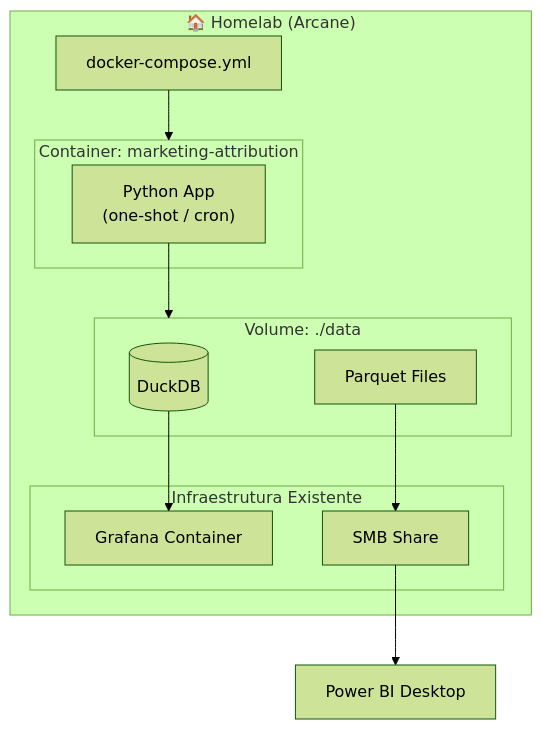
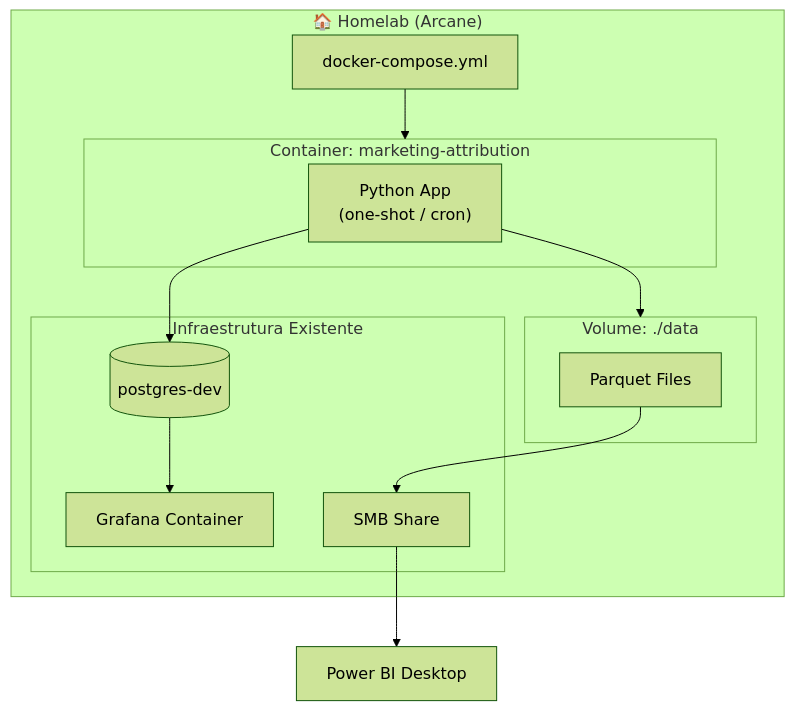
One commit to Anotther/marketing-attribution changed the second of 3 diagrams in docs/PRD.md. Above: the diagram before and after it, drawn with Mermaid (forest theme). The commit also changed other lines of this file and 3 other files, not shown here.

Commit message:
docs: update documentation to reflect postgresql architecture

````diff
--- a/docs/PRD.md
+++ b/docs/PRD.md
@@ -115,26 +115,27 @@
 ```mermaid
 graph TB
     subgraph Arcane["🏠 Homelab (Arcane)"]
         DC["docker-compose.yml"]
         
         subgraph PythonContainer["Container: marketing-attribution"]
             APP["Python App\n(one-shot / cron)"]
         end
         
         subgraph SharedVolume["Volume: ./data"]
-            DB[("DuckDB")]
             FILES["Parquet Files"]
         end
         
         subgraph ExistingInfra["Infraestrutura Existente"]
+            DB[("postgres-dev")]
             GRAFANA["Grafana Container"]
             SMB["SMB Share"]
         end
     end
 
     DC --> PythonContainer
+    APP --> DB
     APP --> SharedVolume
     DB --> GRAFANA
     FILES --> SMB
     SMB --> PBI["Power BI Desktop"]
 ```
````
